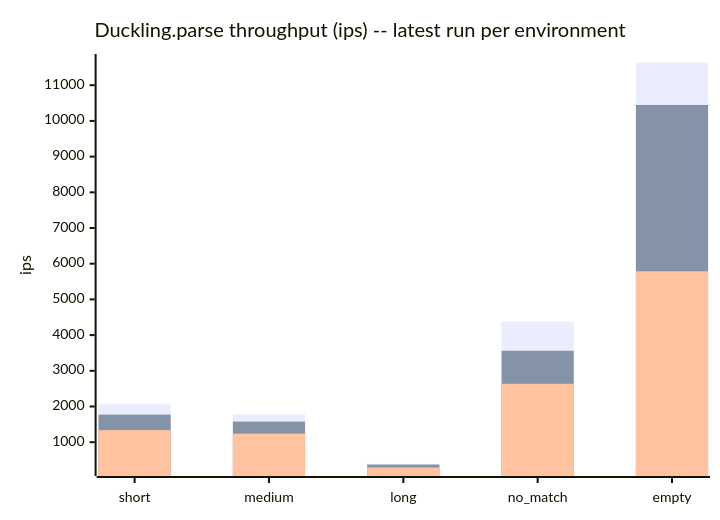
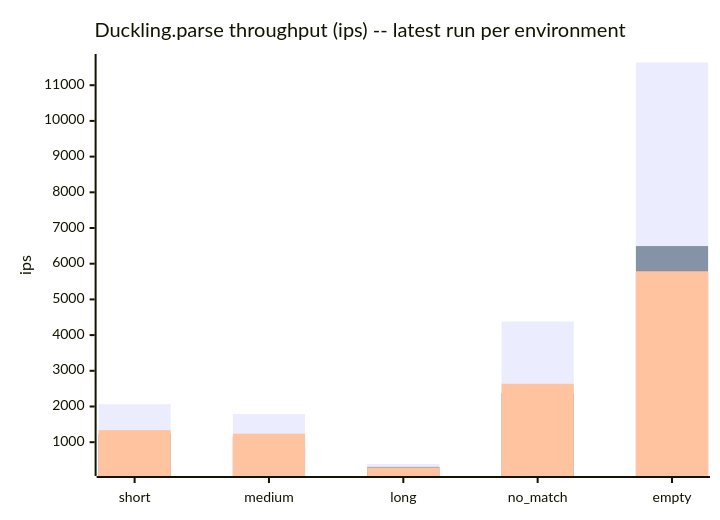
The fourth of 5 diagrams in docs/benchmarks/README.md (cpb/duckling), drawn with Mermaid before and after one commit. The commit also changed other lines of this file and 1 other file, not shown here.

First line of the commit message:
Record claude-code-web benchmark results for 0.3.0-rc1

````diff
--- a/docs/benchmarks/README.md
+++ b/docs/benchmarks/README.md
@@ -133,9 +133,9 @@
 ```mermaid
 xychart-beta
     title "Duckling.parse throughput (ips) -- latest run per environment"
     x-axis [short, medium, long, no_match, empty]
     y-axis "ips"
     bar "github-actions" [2064.6, 1785.9, 391.5, 4382.0, 11636.2]
-    bar "claude-code-web" [1773.1, 1577.3, 373.4, 3561.1, 10446.8]
+    bar "claude-code-web" [1228.1, 1152.8, 308.1, 2368.1, 6493.4]
     bar "local" [1338.4, 1240.2, 291.2, 2636.8, 5788.3]
 ```
````
